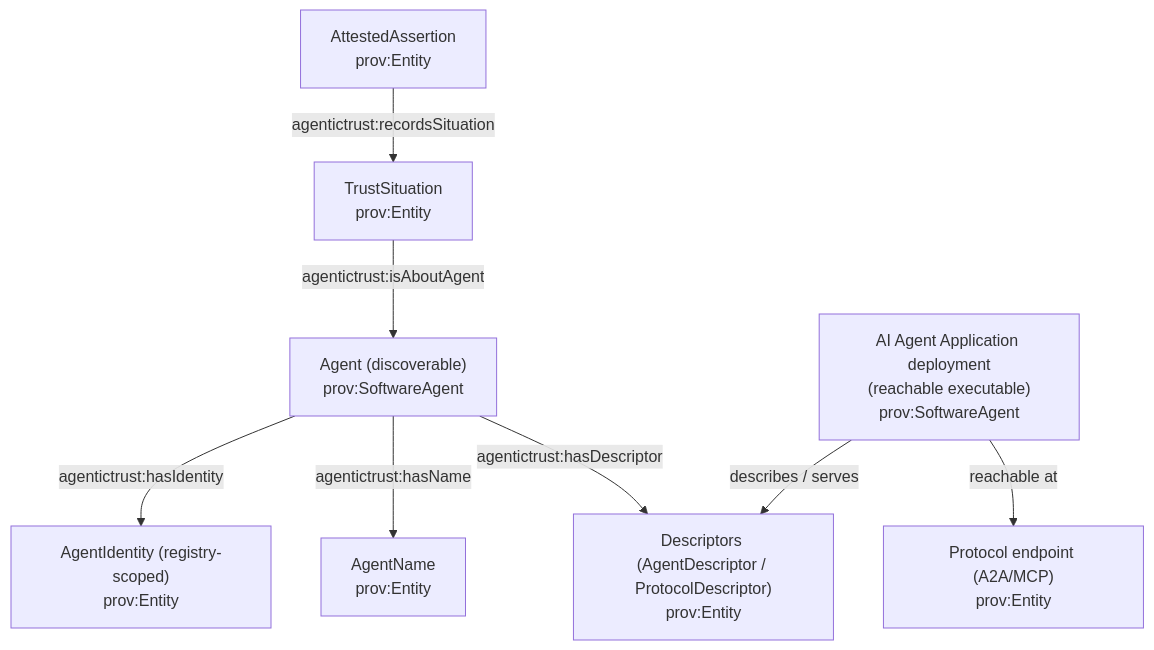
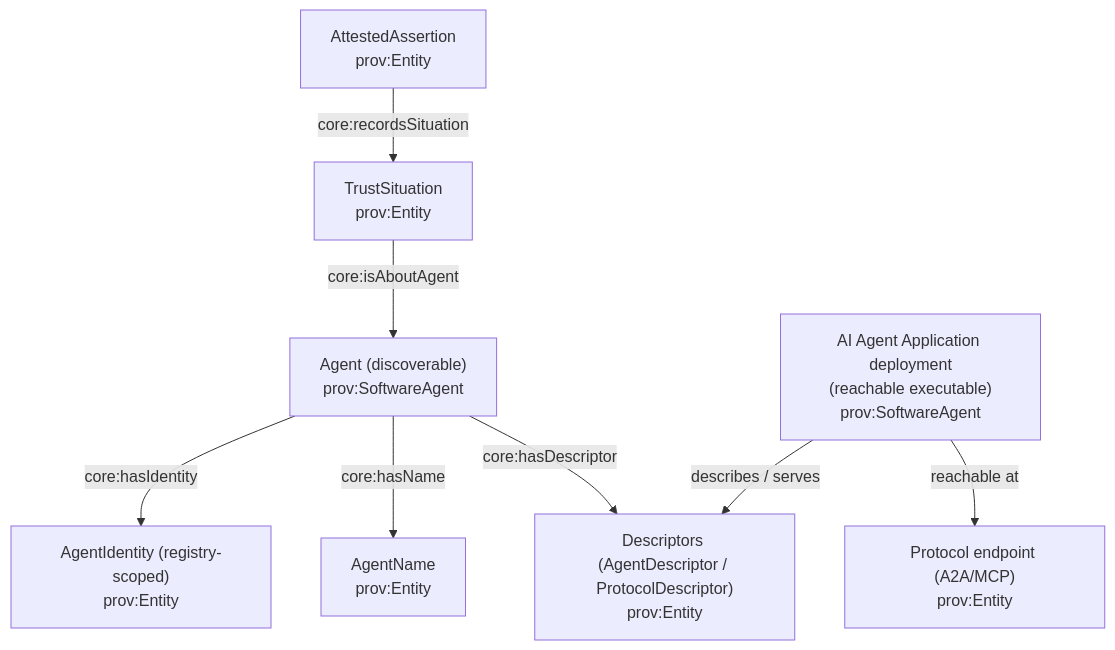
One commit to Agentic-Trust-Layer/agent-explorer changed the first of 3 diagrams in docs/ontology/agent-application.md. Above: the diagram before and after it, drawn with Mermaid. The commit also changed other lines of this file and 49 other files, not shown here.

````diff
--- a/docs/ontology/agent-application.md
+++ b/docs/ontology/agent-application.md
@@ -24,21 +24,21 @@
 ```mermaid
 graph TB
   Agent["Agent (discoverable)\nprov:SoftwareAgent"]
   Identity["AgentIdentity (registry-scoped)\nprov:Entity"]
   Name["AgentName\nprov:Entity"]
   Desc["Descriptors (AgentDescriptor / ProtocolDescriptor)\nprov:Entity"]
   Sit["TrustSituation\nprov:Entity"]
   Attested["AttestedAssertion\nprov:Entity"]
 
   Deploy["AI Agent Application deployment\n(reachable executable)\nprov:SoftwareAgent"]
   Endpoint["Protocol endpoint (A2A/MCP)\nprov:Entity"]
 
-  Agent -->|agentictrust:hasIdentity| Identity
-  Agent -->|agentictrust:hasName| Name
-  Agent -->|agentictrust:hasDescriptor| Desc
-  Sit -->|agentictrust:isAboutAgent| Agent
-  Attested -->|agentictrust:recordsSituation| Sit
+  Agent -->|core:hasIdentity| Identity
+  Agent -->|core:hasName| Name
+  Agent -->|core:hasDescriptor| Desc
+  Sit -->|core:isAboutAgent| Agent
+  Attested -->|core:recordsSituation| Sit
 
   Deploy -->|reachable at| Endpoint
   Deploy -->|describes / serves| Desc
 ```
````
